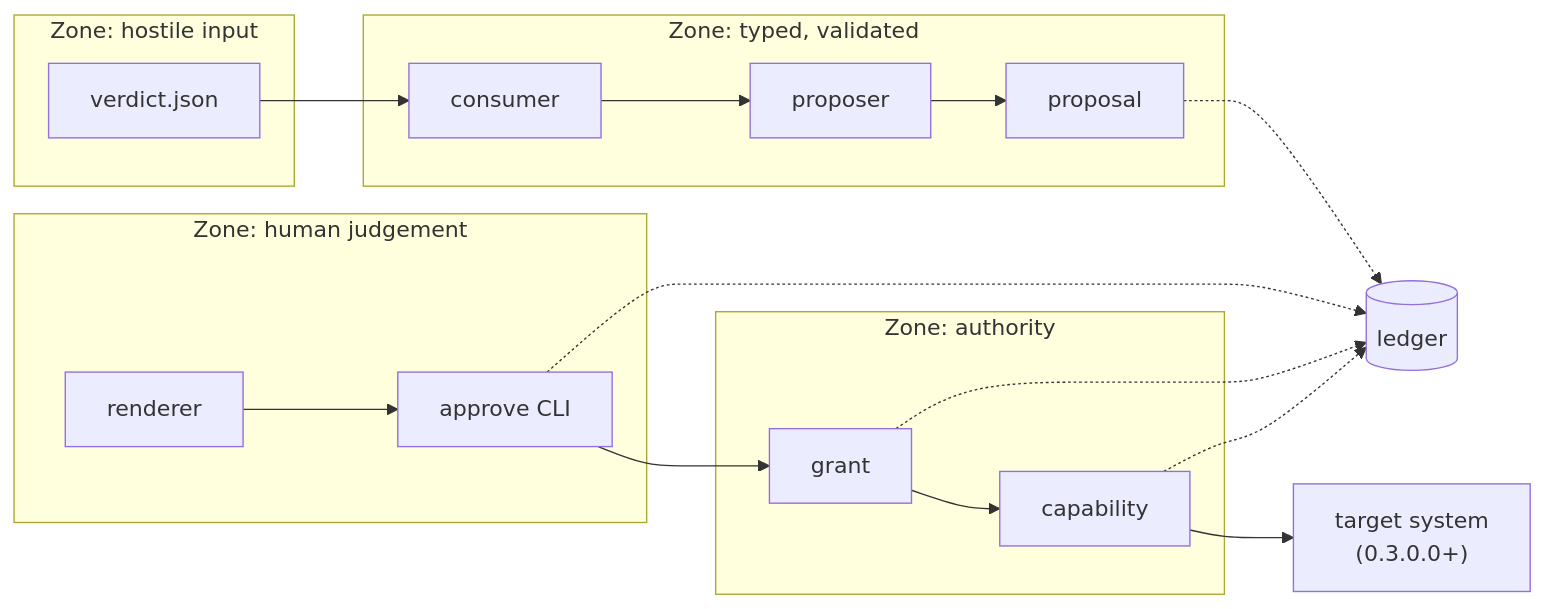
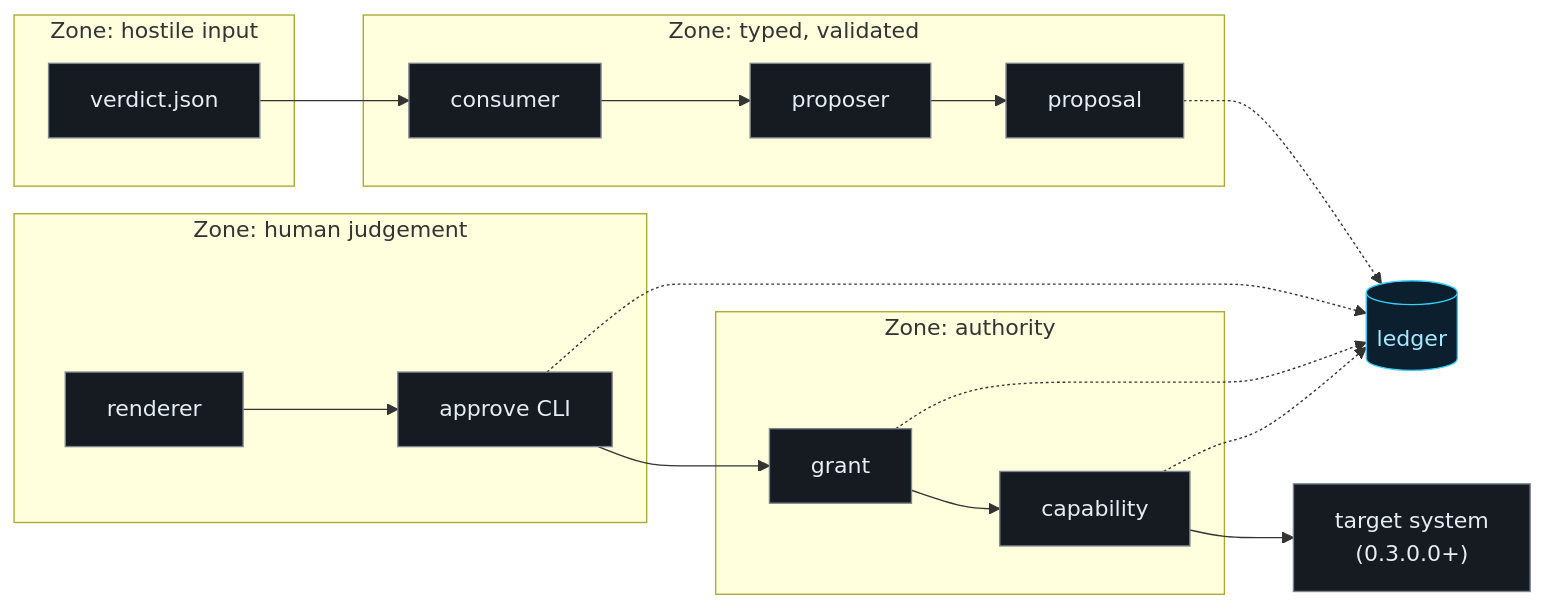
Before and after one commit to jerzy99jerzy/pirx: the diagram in docs/ARCHITECTURE.md, drawn with Mermaid. The commit also changed other lines of this file and 11 other files, not shown here.

````diff
--- a/docs/ARCHITECTURE.md
+++ b/docs/ARCHITECTURE.md
@@ -43,23 +43,25 @@
 ```mermaid
 flowchart LR
     subgraph Z1["Zone: hostile input"]
         V["verdict.json"]
     end
     subgraph Z2["Zone: typed, validated"]
         C["consumer"] --> PS["proposer"] --> PP["proposal"]
     end
     subgraph Z3["Zone: human judgement"]
         RN["renderer"] --> AP["approve CLI"]
     end
     subgraph Z4["Zone: authority"]
         G["grant"] --> CAP["capability"]
     end
     V --> C
     AP --> G
     CAP --> T["target system<br/>(0.3.0.0+)"]
     L[("ledger")]
     PP -.-> L
     AP -.-> L
     G -.-> L
     CAP -.-> L
+    classDef default fill:#161b22,stroke:#7d8590,color:#e6edf3
+    style L fill:#0b1f2e,stroke:#34d0ff,color:#a9e7ff
 ```
````
